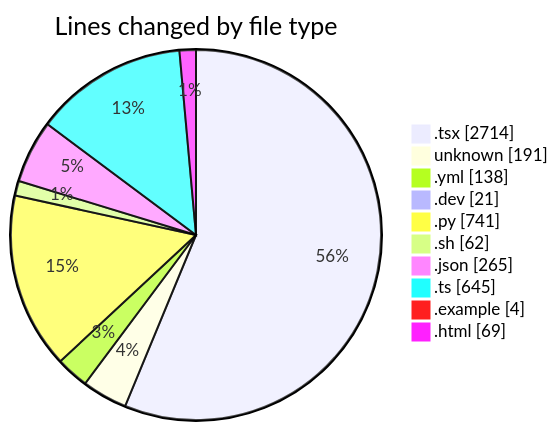
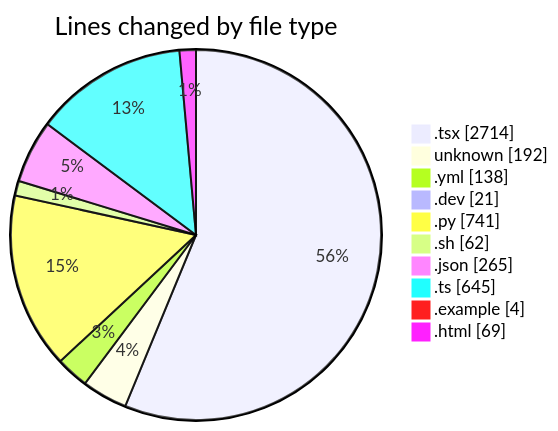
The first of 2 diagrams in 2025-05-18/niten/README.md (Elitesun/code-tracking), drawn with Mermaid before and after one commit. The commit also changed other lines of this file and 1 other file, not shown here.

````diff
--- a/2025-05-18/niten/README.md
+++ b/2025-05-18/niten/README.md
@@ -54,14 +54,14 @@
 ```mermaid
 pie showData
 title Lines changed by file type
 ".tsx" : 2714
-"unknown" : 191
+"unknown" : 192
 ".yml" : 138
 ".dev" : 21
 ".py" : 741
 ".sh" : 62
 ".json" : 265
 ".ts" : 645
 ".example" : 4
 ".html" : 69
 ```
````
